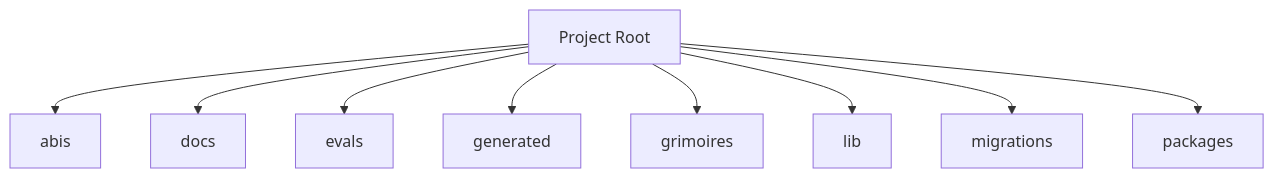
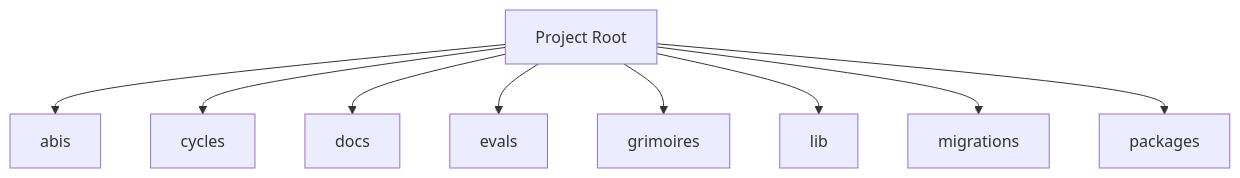
The diagram in BUTTERFREEZONE.md (0xHoneyJar/sonar-api), drawn with Mermaid before and after one commit. The commit also changed other lines of this file and 1 other file, not shown here.

````diff
--- a/BUTTERFREEZONE.md
+++ b/BUTTERFREEZONE.md
@@ -54,20 +55,20 @@
 ```mermaid
 graph TD
     abis[abis]
+    cycles[cycles]
     docs[docs]
     evals[evals]
-    generated[generated]
     grimoires[grimoires]
     lib[lib]
     migrations[migrations]
     packages[packages]
     Root[Project Root]
     Root --> abis
+    Root --> cycles
     Root --> docs
     Root --> evals
-    Root --> generated
     Root --> grimoires
     Root --> lib
     Root --> migrations
     Root --> packages
 ```
````
